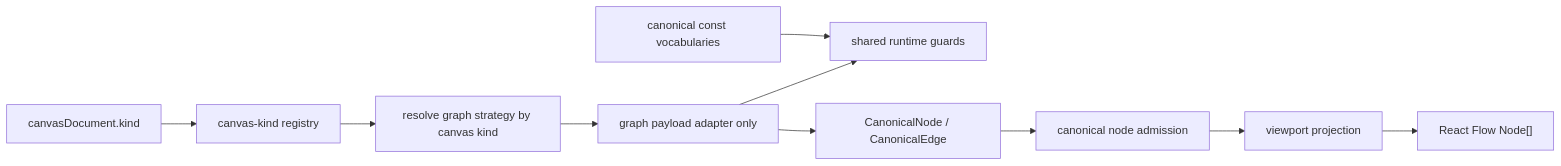
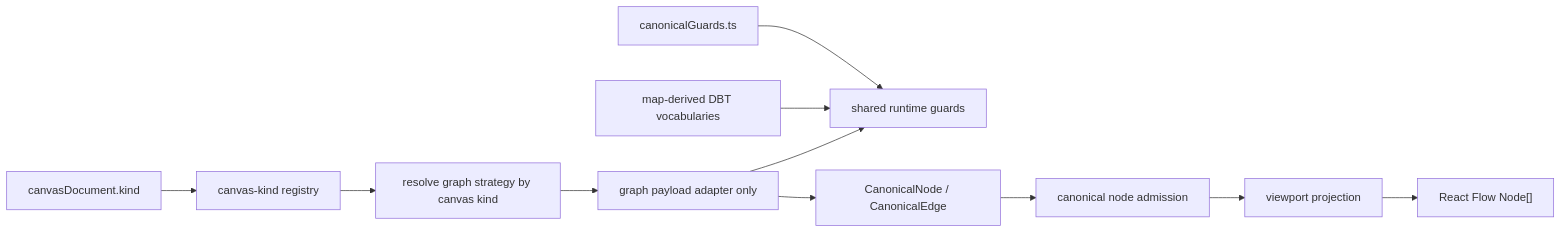
One commit to dunay2/dvt changed the second of 3 diagrams in docs/planning/reviews/architecture-and-governance/20260425-canvas-graph-strategy-fowler-hard-qa-review.md. Above: the diagram before and after it, drawn with Mermaid. The commit also changed other lines of this file and 5 other files, not shown here.

Commit message:
docs(docs): Update Canvas graph strategy boundary docs

````diff
--- a/docs/planning/reviews/architecture-and-governance/20260425-canvas-graph-strategy-fowler-hard-qa-review.md
+++ b/docs/planning/reviews/architecture-and-governance/20260425-canvas-graph-strategy-fowler-hard-qa-review.md
@@ -442,12 +442,13 @@
 ```mermaid
 flowchart LR
   Draft["canvasDocument.kind"] --> CanvasKindRegistry["canvas-kind registry"]
   CanvasKindRegistry --> StrategyResolver["resolve graph strategy by canvas kind"]
   StrategyResolver --> Adapter["graph payload adapter only"]
   Adapter --> Guards["shared runtime guards"]
-  CanonicalVocabulary["canonical const vocabularies"] --> Guards
+  AdapterVocabulary["map-derived DBT vocabularies"] --> Guards
+  CanonicalGuards["canonicalGuards.ts"] --> Guards
   Adapter --> Canonical["CanonicalNode / CanonicalEdge"]
   Canonical --> Admission["canonical node admission"]
   Admission --> Projection["viewport projection"]
   Projection --> ReactFlow["React Flow Node[]"]
 ```
````
